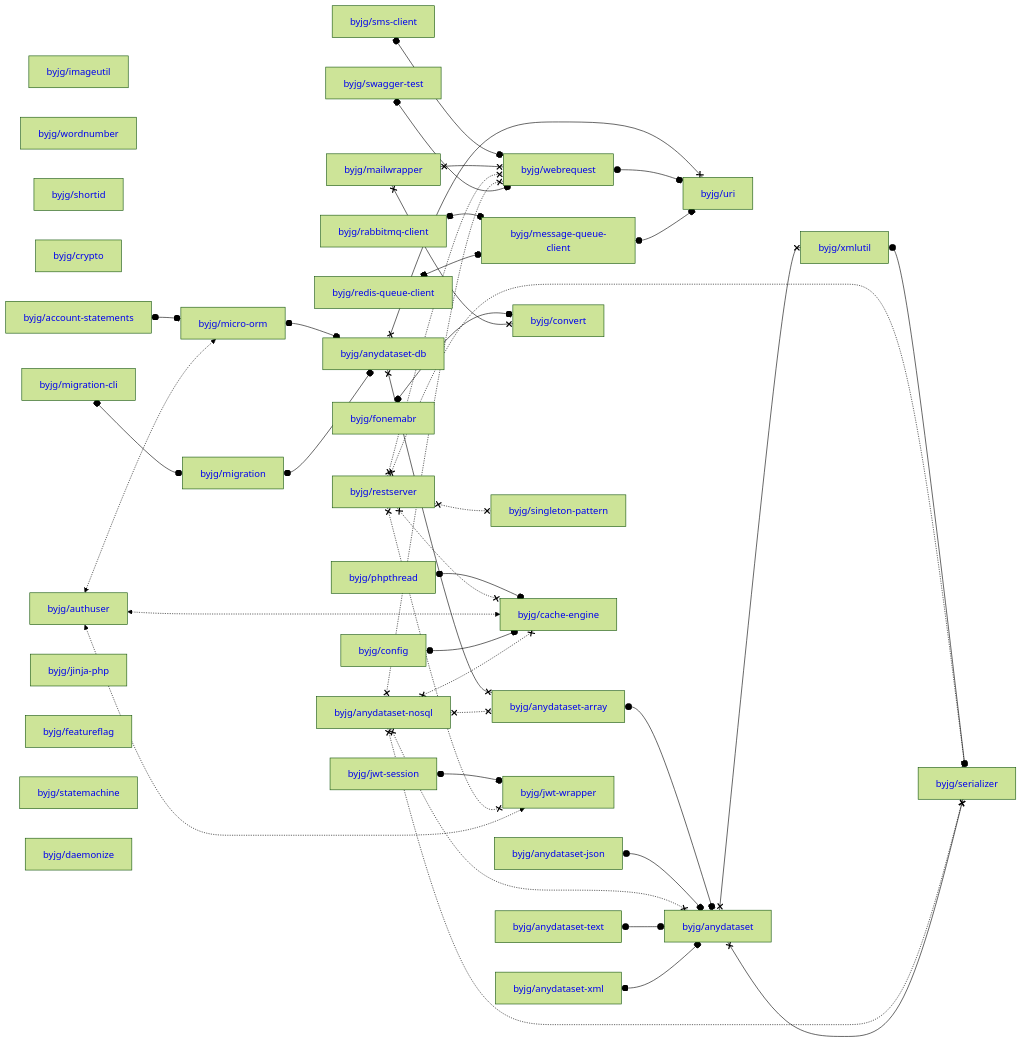
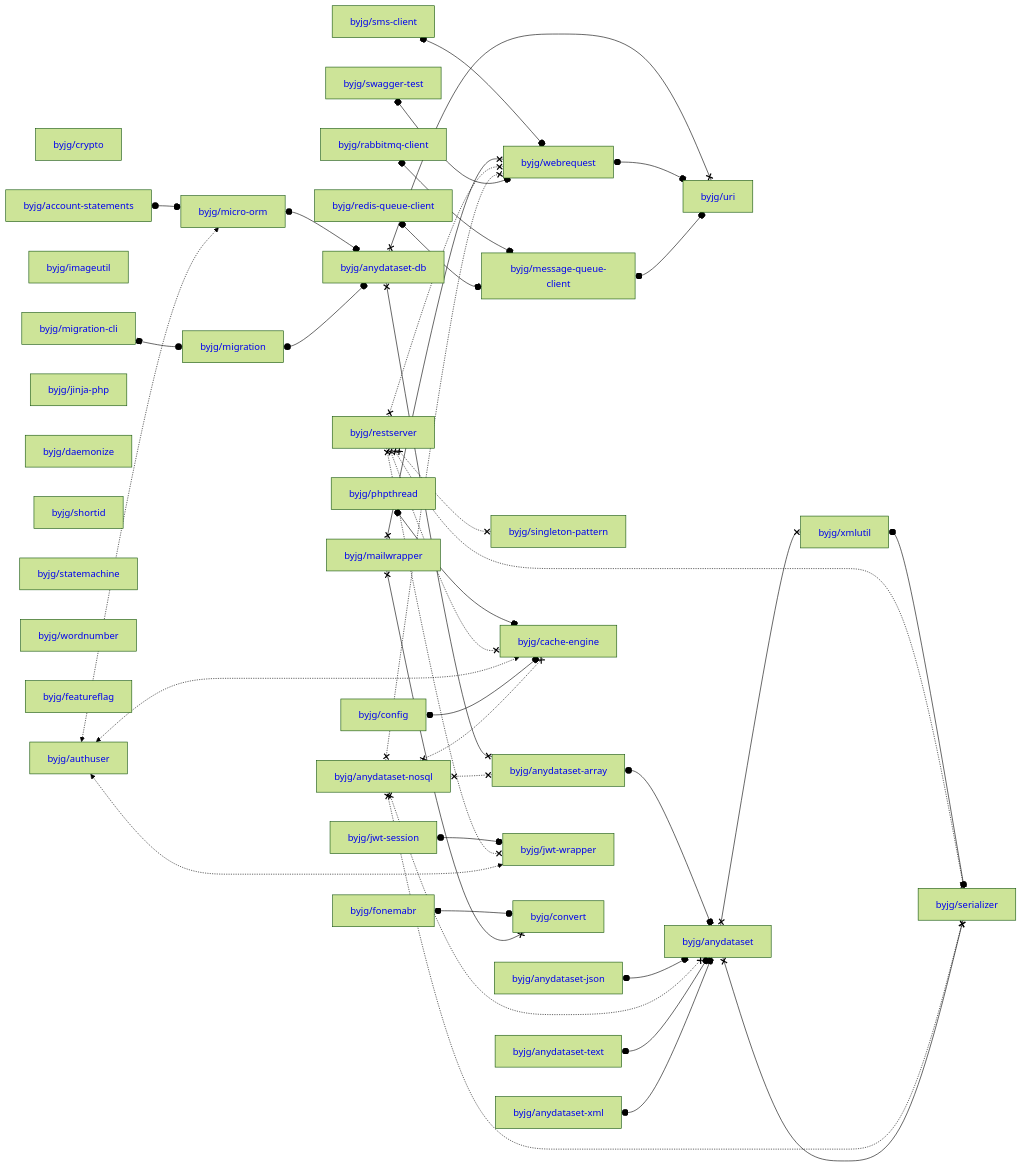
The diagram in docs/php/README.md (byjg/byjg.github.io), drawn with Mermaid (forest theme) before and after one commit. The commit also changed other lines of this file, not shown here.

Commit message:
Update documentation 'php' 'php-migration'

````diff
--- a/docs/php/README.md
+++ b/docs/php/README.md
@@ -3,80 +3,80 @@
 ```mermaid
 graph LR;
+  byjg/swagger-test[<a href='https://opensource.byjg.com/docs/php/swagger-test' style='text-decoration:none'>byjg/swagger-test</a>];
+  byjg/crypto[<a href='https://opensource.byjg.com/docs/php/crypto' style='text-decoration:none'>byjg/crypto</a>];
+  byjg/rabbitmq-client[<a href='https://opensource.byjg.com/docs/php/rabbitmq-client' style='text-decoration:none'>byjg/rabbitmq-client</a>];
+  byjg/mailwrapper[<a href='https://opensource.byjg.com/docs/php/mailwrapper' style='text-decoration:none'>byjg/mailwrapper</a>];
+  byjg/account-statements[<a href='https://opensource.byjg.com/docs/php/account-statements' style='text-decoration:none'>byjg/account-statements</a>];
+  byjg/restserver[<a href='https://opensource.byjg.com/docs/php/restserver' style='text-decoration:none'>byjg/restserver</a>];
+  byjg/redis-queue-client[<a href='https://opensource.byjg.com/docs/php/redis-queue-client' style='text-decoration:none'>byjg/redis-queue-client</a>];
   byjg/imageutil[<a href='https://opensource.byjg.com/docs/php/imageutil' style='text-decoration:none'>byjg/imageutil</a>];
+  byjg/anydataset-xml[<a href='https://opensource.byjg.com/docs/php/anydataset-xml' style='text-decoration:none'>byjg/anydataset-xml</a>];
+  byjg/config[<a href='https://opensource.byjg.com/docs/php/config' style='text-decoration:none'>byjg/config</a>];
+  byjg/authuser[<a href='https://opensource.byjg.com/docs/php/authuser' style='text-decoration:none'>byjg/authuser</a>];
+  byjg/jinja-php[<a href='https://opensource.byjg.com/docs/php/jinja-php' style='text-decoration:none'>byjg/jinja-php</a>];
+  byjg/phpthread[<a href='https://opensource.byjg.com/docs/php/phpthread' style='text-decoration:none'>byjg/phpthread</a>];
+  byjg/anydataset-nosql[<a href='https://opensource.byjg.com/docs/php/anydataset-nosql' style='text-decoration:none'>byjg/anydataset-nosql</a>];
+  byjg/sms-client[<a href='https://opensource.byjg.com/docs/php/sms-client' style='text-decoration:none'>byjg/sms-client</a>];
+  byjg/jwt-session[<a href='https://opensource.byjg.com/docs/php/jwt-session' style='text-decoration:none'>byjg/jwt-session</a>];
+  byjg/daemonize[<a href='https://opensource.byjg.com/docs/php/daemonize' style='text-decoration:none'>byjg/daemonize</a>];
+  byjg/shortid[<a href='https://opensource.byjg.com/docs/php/shortid' style='text-decoration:none'>byjg/shortid</a>];
+  byjg/statemachine[<a href='https://opensource.byjg.com/docs/php/statemachine' style='text-decoration:none'>byjg/statemachine</a>];
   byjg/wordnumber[<a href='https://opensource.byjg.com/docs/php/wordnumber' style='text-decoration:none'>byjg/wordnumber</a>];
-  byjg/shortid[<a href='https://opensource.byjg.com/docs/php/shortid' style='text-decoration:none'>byjg/shortid</a>];
-  byjg/anydataset-nosql[<a href='https://opensource.byjg.com/docs/php/anydataset-nosql' style='text-decoration:none'>byjg/anydataset-nosql</a>];
-  byjg/config[<a href='https://opensource.byjg.com/docs/php/config' style='text-decoration:none'>byjg/config</a>];
-  byjg/crypto[<a href='https://opensource.byjg.com/docs/php/crypto' style='text-decoration:none'>byjg/crypto</a>];
+  byjg/anydataset-json[<a href='https://opensource.byjg.com/docs/php/anydataset-json' style='text-decoration:none'>byjg/anydataset-json</a>];
+  byjg/anydataset-text[<a href='https://opensource.byjg.com/docs/php/anydataset-text' style='text-decoration:none'>byjg/anydataset-text</a>];
+  byjg/featureflag[<a href='https://opensource.byjg.com/docs/php/featureflag' style='text-decoration:none'>byjg/featureflag</a>];
+  byjg/migration-cli[<a href='https://opensource.byjg.com/docs/php/migration-cli' style='text-decoration:none'>byjg/migration-cli</a>];
   byjg/fonemabr[<a href='https://opensource.byjg.com/docs/php/fonemabr' style='text-decoration:none'>byjg/fonemabr</a>];
-  byjg/swagger-test[<a href='https://opensource.byjg.com/docs/php/swagger-test' style='text-decoration:none'>byjg/swagger-test</a>];
-  byjg/account-statements[<a href='https://opensource.byjg.com/docs/php/account-statements' style='text-decoration:none'>byjg/account-statements</a>];
-  byjg/migration-cli[<a href='https://opensource.byjg.com/docs/php/migration-cli' style='text-decoration:none'>byjg/migration-cli</a>];
-  byjg/redis-queue-client[<a href='https://opensource.byjg.com/docs/php/redis-queue-client' style='text-decoration:none'>byjg/redis-queue-client</a>];
-  byjg/sms-client[<a href='https://opensource.byjg.com/docs/php/sms-client' style='text-decoration:none'>byjg/sms-client</a>];
-  byjg/authuser[<a href='https://opensource.byjg.com/docs/php/authuser' style='text-decoration:none'>byjg/authuser</a>];
-  byjg/anydataset-xml[<a href='https://opensource.byjg.com/docs/php/anydataset-xml' style='text-decoration:none'>byjg/anydataset-xml</a>];
-  byjg/phpthread[<a href='https://opensource.byjg.com/docs/php/phpthread' style='text-decoration:none'>byjg/phpthread</a>];
-  byjg/rabbitmq-client[<a href='https://opensource.byjg.com/docs/php/rabbitmq-client' style='text-decoration:none'>byjg/rabbitmq-client</a>];
-  byjg/jinja-php[<a href='https://opensource.byjg.com/docs/php/jinja-php' style='text-decoration:none'>byjg/jinja-php</a>];
-  byjg/featureflag[<a href='https://opensource.byjg.com/docs/php/featureflag' style='text-decoration:none'>byjg/featureflag</a>];
-  byjg/mailwrapper[<a href='https://opensource.byjg.com/docs/php/mailwrapper' style='text-decoration:none'>byjg/mailwrapper</a>];
-  byjg/anydataset-json[<a href='https://opensource.byjg.com/docs/php/anydataset-json' style='text-decoration:none'>byjg/anydataset-json</a>];
-  byjg/restserver[<a href='https://opensource.byjg.com/docs/php/restserver' style='text-decoration:none'>byjg/restserver</a>];
-  byjg/jwt-session[<a href='https://opensource.byjg.com/docs/php/jwt-session' style='text-decoration:none'>byjg/jwt-session</a>];
-  byjg/statemachine[<a href='https://opensource.byjg.com/docs/php/statemachine' style='text-decoration:none'>byjg/statemachine</a>];
-  byjg/anydataset-text[<a href='https://opensource.byjg.com/docs/php/anydataset-text' style='text-decoration:none'>byjg/anydataset-text</a>];
-  byjg/daemonize[<a href='https://opensource.byjg.com/docs/php/daemonize' style='text-decoration:none'>byjg/daemonize</a>];
-  byjg/migration[<a href='https://opensource.byjg.com/docs/php/migration' style='text-decoration:none'>byjg/migration</a>];
+  byjg/singleton-pattern[<a href='https://opensource.byjg.com/docs/php/singleton-pattern' style='text-decoration:none'>byjg/singleton-pattern</a>];
+  byjg/message-queue-client[<a href='https://opensource.byjg.com/docs/php/message-queue-client' style='text-decoration:none'>byjg/message-queue-client</a>];
   byjg/micro-orm[<a href='https://opensource.byjg.com/docs/php/micro-orm' style='text-decoration:none'>byjg/micro-orm</a>];
-  byjg/message-queue-client[<a href='https://opensource.byjg.com/docs/php/message-queue-client' style='text-decoration:none'>byjg/message-queue-client</a>];
-  byjg/convert[<a href='https://opensource.byjg.com/docs/php/convert' style='text-decoration:none'>byjg/convert</a>];
-  byjg/singleton-pattern[<a href='https://opensource.byjg.com/docs/php/singleton-pattern' style='text-decoration:none'>byjg/singleton-pattern</a>];
   byjg/cache-engine[<a href='https://opensource.byjg.com/docs/php/cache-engine' style='text-decoration:none'>byjg/cache-engine</a>];
   byjg/webrequest[<a href='https://opensource.byjg.com/docs/php/webrequest' style='text-decoration:none'>byjg/webrequest</a>];
   byjg/jwt-wrapper[<a href='https://opensource.byjg.com/docs/php/jwt-wrapper' style='text-decoration:none'>byjg/jwt-wrapper</a>];
+  byjg/migration[<a href='https://opensource.byjg.com/docs/php/migration' style='text-decoration:none'>byjg/migration</a>];
+  byjg/convert[<a href='https://opensource.byjg.com/docs/php/convert' style='text-decoration:none'>byjg/convert</a>];
   byjg/anydataset-db[<a href='https://opensource.byjg.com/docs/php/anydataset-db' style='text-decoration:none'>byjg/anydataset-db</a>];
   byjg/anydataset-array[<a href='https://opensource.byjg.com/docs/php/anydataset-array' style='text-decoration:none'>byjg/anydataset-array</a>];
   byjg/uri[<a href='https://opensource.byjg.com/docs/php/uri' style='text-decoration:none'>byjg/uri</a>];
   byjg/anydataset[<a href='https://opensource.byjg.com/docs/php/anydataset' style='text-decoration:none'>byjg/anydataset</a>];
   byjg/xmlutil[<a href='https://opensource.byjg.com/docs/php/xmlutil' style='text-decoration:none'>byjg/xmlutil</a>];
   byjg/serializer[<a href='https://opensource.byjg.com/docs/php/serializer' style='text-decoration:none'>byjg/serializer</a>];
   byjg/message-queue-client o--o byjg/uri;
   byjg/anydataset-xml o--o byjg/anydataset;
   byjg/swagger-test o--o byjg/webrequest;
   byjg/anydataset x--x byjg/serializer;
   byjg/anydataset x--x byjg/xmlutil;
   byjg/anydataset-text o--o byjg/anydataset;
   byjg/anydataset-nosql x-.-x byjg/anydataset;
   byjg/anydataset-nosql x-.-x byjg/anydataset-array;
   byjg/anydataset-nosql x-.-x byjg/serializer;
   byjg/anydataset-nosql x-.-x byjg/webrequest;
   byjg/anydataset-nosql x-.-x byjg/cache-engine;
   byjg/config o--o byjg/cache-engine;
   byjg/anydataset-json o--o byjg/anydataset;
   byjg/anydataset-array o--o byjg/anydataset;
   byjg/authuser <-.-> byjg/micro-orm;
   byjg/authuser <-.-> byjg/cache-engine;
   byjg/authuser <-.-> byjg/jwt-wrapper;
   byjg/migration-cli o--o byjg/migration;
   byjg/restserver x-.-x byjg/serializer;
   byjg/restserver x-.-x byjg/singleton-pattern;
   byjg/restserver x-.-x byjg/cache-engine;
   byjg/restserver x-.-x byjg/webrequest;
   byjg/restserver x-.-x byjg/jwt-wrapper;
   byjg/mailwrapper x--x byjg/convert;
   byjg/mailwrapper x--x byjg/webrequest;
   byjg/jwt-session o--o byjg/jwt-wrapper;
   byjg/account-statements o--o byjg/micro-orm;
   byjg/phpthread o--o byjg/cache-engine;
   byjg/migration o--o byjg/anydataset-db;
   byjg/xmlutil o--o byjg/serializer;
   byjg/fonemabr o--o byjg/convert;
   byjg/redis-queue-client o--o byjg/message-queue-client;
   byjg/webrequest o--o byjg/uri;
   byjg/rabbitmq-client o--o byjg/message-queue-client;
   byjg/sms-client o--o byjg/webrequest;
   byjg/anydataset-db x--x byjg/anydataset-array;
   byjg/anydataset-db x--x byjg/uri;
   byjg/micro-orm o--o byjg/anydataset-db;
 ```
````
